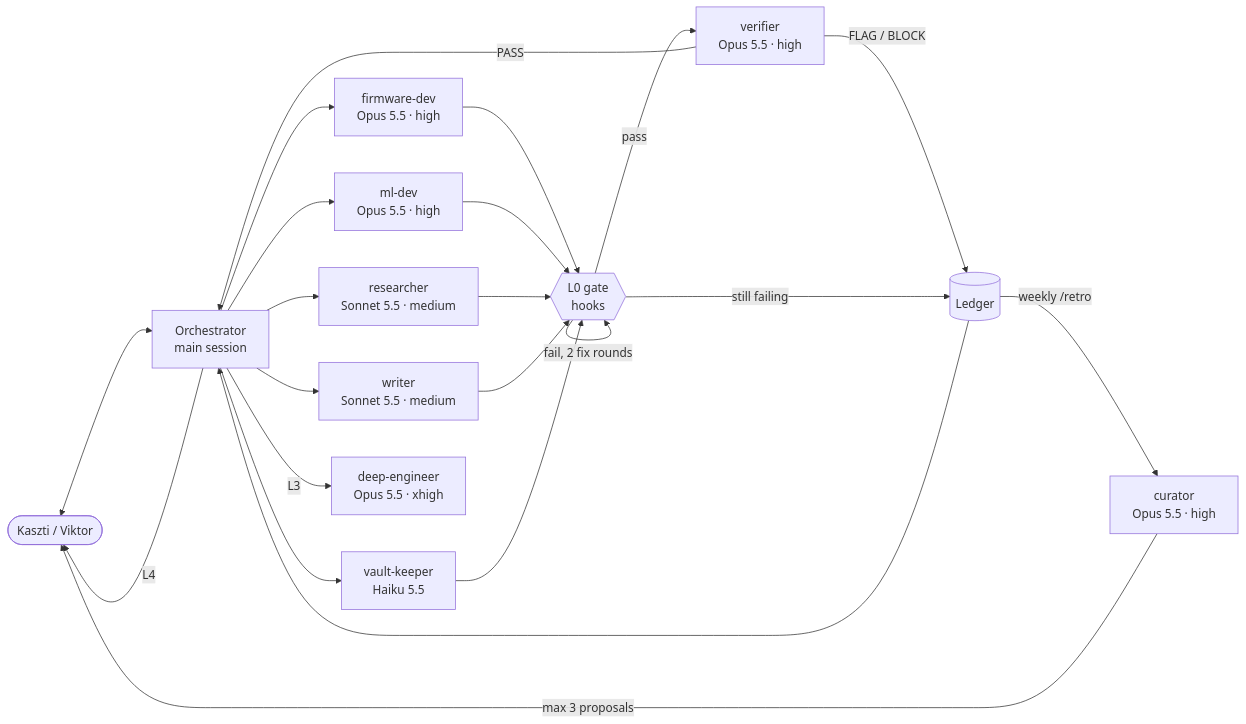
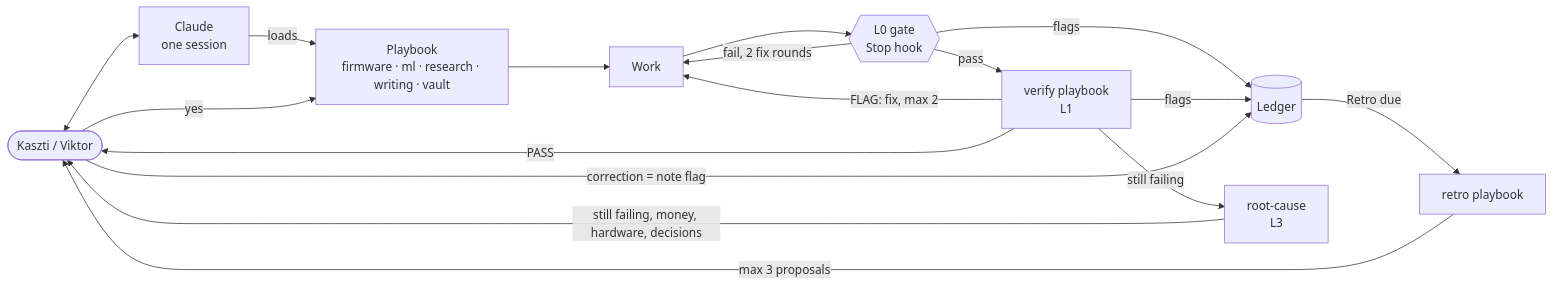
The diagram in 90 Meta/Agents/Agent system.md (Kaszti49/Rezonating), drawn with Mermaid before and after one commit. The commit also changed other lines of this file and 27 other files, not shown here.

First line of the commit message:
Vault: 2026-11-15 hackathon merge, fall first (D-023/D-024), one agent with playbooks (D-025), done items logged, OTIO Veszprém 2026-11-30

````diff
--- a/90 Meta/Agents/Agent system.md
+++ b/90 Meta/Agents/Agent system.md
@@ -19,20 +19,18 @@
 ```mermaid
 flowchart LR
-  You([Kaszti / Viktor]) <--> O[Orchestrator<br/>main session]
-  O --> FW[firmware-dev<br/>Opus 5.5 · high]
-  O --> ML[ml-dev<br/>Opus 5.5 · high]
-  O --> RS[researcher<br/>Sonnet 5.5 · medium]
-  O --> WR[writer<br/>Sonnet 5.5 · medium]
-  O --> VK[vault-keeper<br/>Haiku 5.5]
-  FW & ML & RS & WR & VK --> G{{L0 gate<br/>hooks}}
-  G -->|fail, 2 fix rounds| G
-  G -->|pass| V[verifier<br/>Opus 5.5 · high]
-  V -->|PASS| O
-  V -->|FLAG / BLOCK| LG[(Ledger)]
-  G -->|still failing| LG
-  LG --> O
-  O -->|L3| DE[deep-engineer<br/>Opus 5.5 · xhigh]
-  O -->|L4| You
-  LG -->|weekly /retro| C[curator<br/>Opus 5.5 · high]
-  C -->|max 3 proposals| You
+  You([Kaszti / Viktor]) <--> C[Claude<br/>one session]
+  C -->|loads| P[Playbook<br/>firmware · ml · research · writing · vault]
+  P --> W[Work]
+  W --> G{{L0 gate<br/>Stop hook}}
+  G -->|fail, 2 fix rounds| W
+  G -->|pass| V[verify playbook<br/>L1]
+  V -->|FLAG: fix, max 2| W
+  V -->|PASS| You
+  G & V -->|flags| LG[(Ledger)]
+  You -->|correction = note flag| LG
+  V -->|still failing| RC[root-cause<br/>L3]
+  RC -->|still failing, money, hardware, decisions| You
+  LG -->|Retro due| R[retro playbook]
+  R -->|max 3 proposals| You
+  You -->|yes| P
 ```
````
